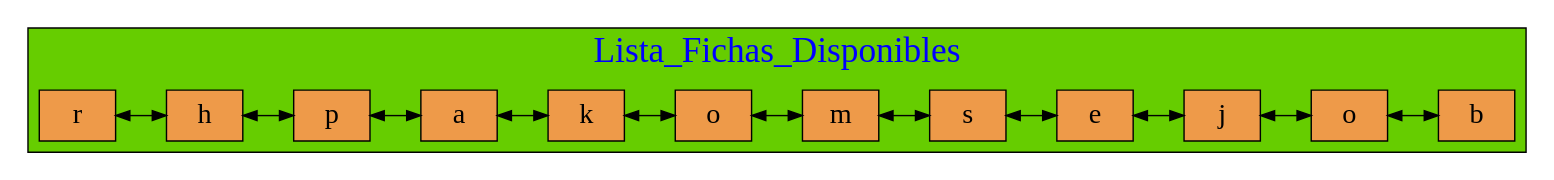
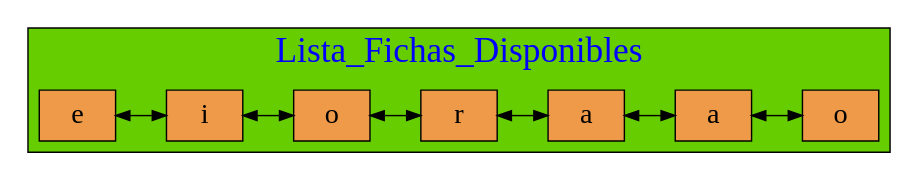
Before and after one commit to mariotun/EDD_1S2020_PY1_201602942: the diagram in Graficas/LD_Fichas_Jugador.dot, drawn with Graphviz. The commit also changed 16 other files, not shown here.

```diff
--- a/Graficas/LD_Fichas_Jugador.dot
+++ b/Graficas/LD_Fichas_Jugador.dot
@@ -1,45 +1,35 @@
 digraph Lista_Doble{
 
 graph[ranksep= "0.5",nodesep= "0.5"];
 node[fontcolor=black shape=box style=filled fillcolor=tan2 fontsize=20];
 
 subgraph cluster_1 {
 
 fontname=algerian
 fontsize=25;
 label="Lista_Fichas_Disponibles";
 fontcolor=blue
 style=filled
 fillcolor=chartreuse3
 labelloc=t;{rank=same;
-25770344240[label=" r"];
-25770344320[label=" h"];
-25770344400[label=" p"];
-25770344480[label=" a"];
-25770344560[label=" k"];
-25770344640[label=" o"];
-25770344720[label=" m"];
-25770344800[label=" s"];
-25770344880[label=" e"];
-25770344960[label=" j"];
-25770345040[label=" o"];
-25770345120[label=" b"];
+25770483472[label=" e"];
+25770483392[label=" i"];
+25770483312[label=" o"];
+25770483232[label=" r"];
+25770483152[label=" a"];
+25770483072[label=" a"];
+25770482992[label=" o"];
 };
 
-25770344240->
-25770344320->
-25770344400->
-25770344480->
-25770344560->
-25770344640->
-25770344720->
-25770344800->
-25770344880->
-25770344960->
-25770345040->
-25770345120
+25770483472->
+25770483392->
+25770483312->
+25770483232->
+25770483152->
+25770483072->
+25770482992
 [dir=both  color=black];
 
  }
 
 }
```
